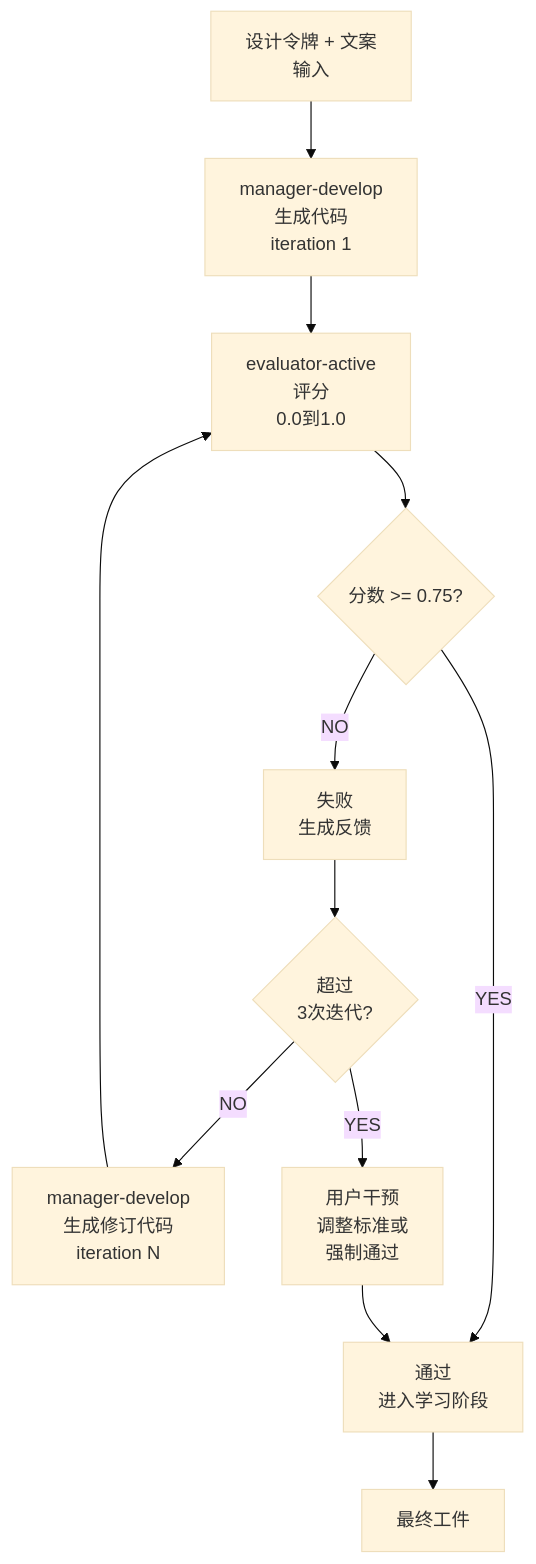
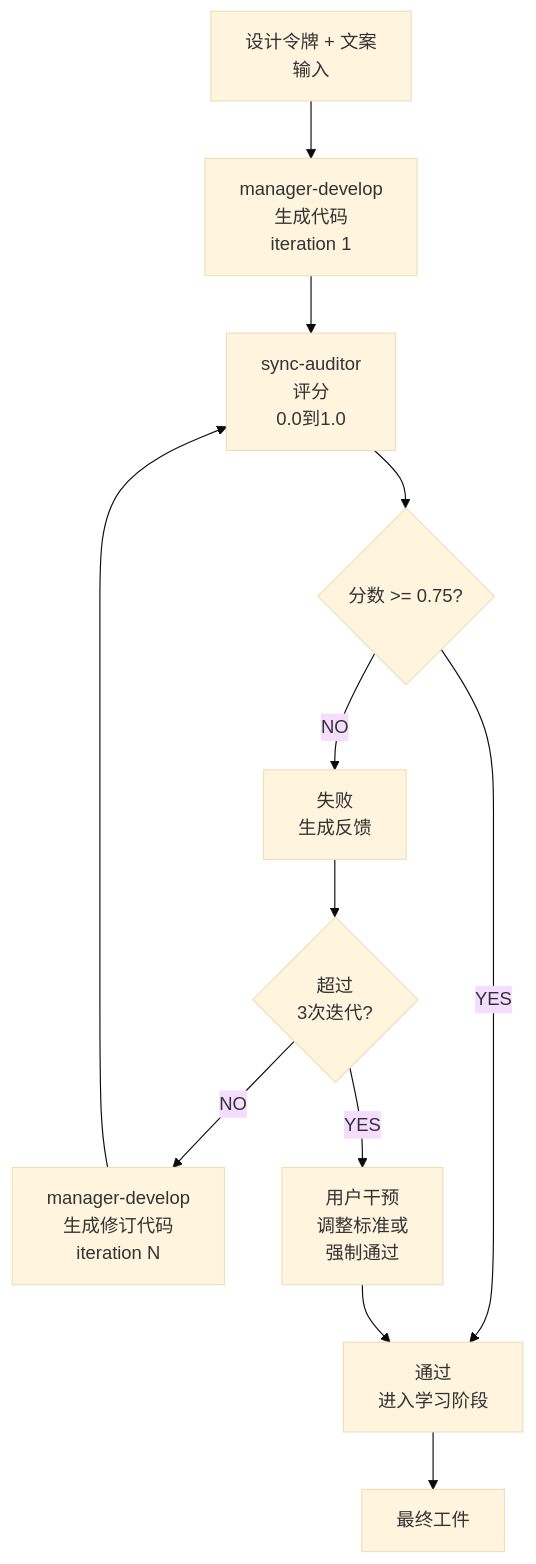
One commit to modu-ai/moai-adk changed the diagram in docs-site/content/zh/design/gan-loop.md. Above: the diagram before and after it, drawn with Mermaid (base theme). The commit also changed other lines of this file and 149 other files, not shown here.

First line of the commit message:
chore(agents): evaluator-active를 sync-auditor로 rename (plan-auditor phase 대칭)

````diff
--- a/docs-site/content/zh/design/gan-loop.md
+++ b/docs-site/content/zh/design/gan-loop.md
@@ -14,14 +14,14 @@
 ```mermaid
 flowchart TD
     A["设计令牌 + 文案<br>输入"] --> B["manager-develop<br>生成代码<br>iteration 1"]
-    B --> C["evaluator-active<br>评分<br>0.0到1.0"]
+    B --> C["sync-auditor<br>评分<br>0.0到1.0"]
     C --> D{分数 >= 0.75?}
     D -->|YES| E["通过<br>进入学习阶段"]
     D -->|NO| F["失败<br>生成反馈"]
     F --> G{超过<br>3次迭代?}
     G -->|NO| H["manager-develop<br>生成修订代码<br>iteration N"]
     H --> C
     G -->|YES| I["用户干预<br>调整标准或<br>强制通过"]
     I --> E
     E --> J["最终工件"]
 ```
````
